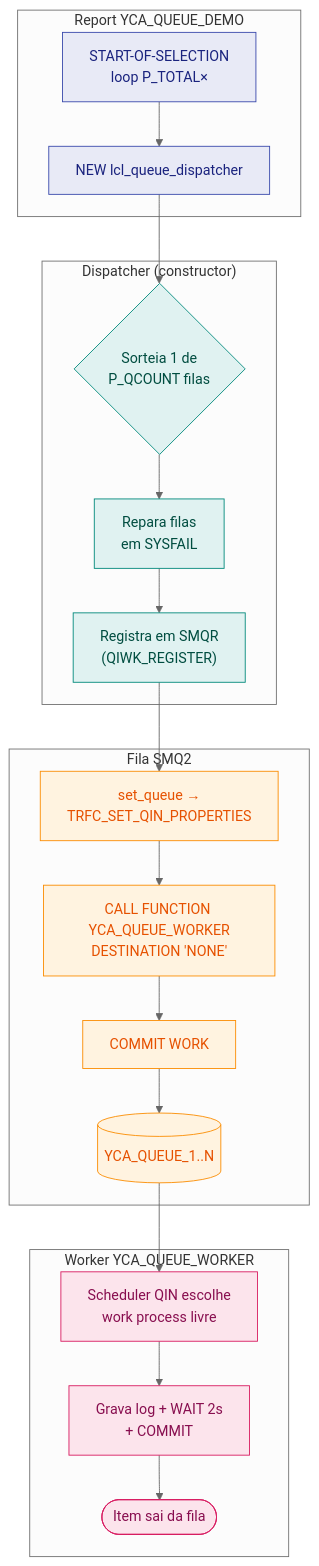
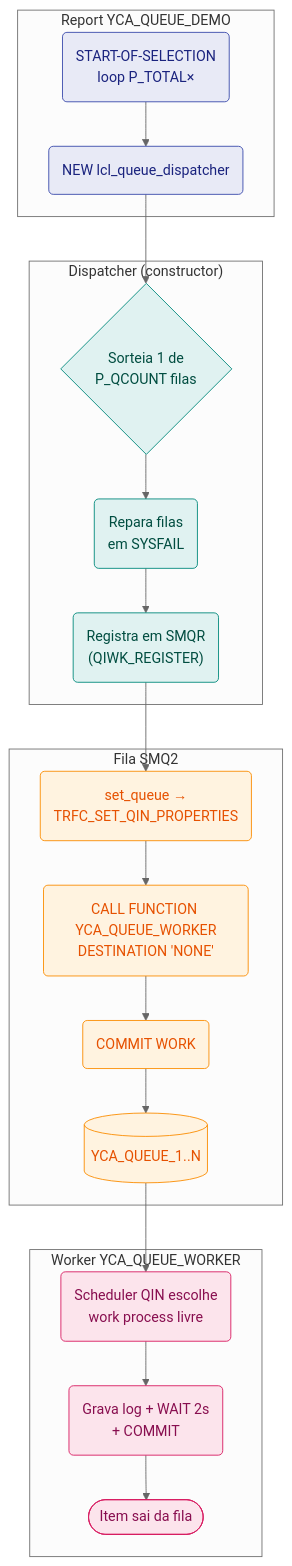
The second of 2 diagrams in README.md (edmilson-nascimento/queue-process), drawn with Mermaid (neutral theme) before and after one commit. The commit also changed other lines of this file, not shown here.

Commit message:
Refactor flowchart syntax in README.md for improved clarity and consistency

````diff
--- a/README.md
+++ b/README.md
@@ -124,35 +124,35 @@
 ```mermaid
 flowchart TD
     subgraph REPORT["Report YCA_QUEUE_DEMO"]
-        A["START-OF-SELECTION<br/>loop P_TOTAL×"] --> B["NEW lcl_queue_dispatcher"]
+        A("START-OF-SELECTION<br/>loop P_TOTAL×") --> B("NEW lcl_queue_dispatcher")
     end
 
     subgraph DISPATCHER["Dispatcher (constructor)"]
         B --> C{"Sorteia 1 de<br/>P_QCOUNT filas"}
-        C --> D["Repara filas<br/>em SYSFAIL"]
-        D --> E["Registra em SMQR<br/>(QIWK_REGISTER)"]
+        C --> D("Repara filas<br/>em SYSFAIL")
+        D --> E("Registra em SMQR<br/>(QIWK_REGISTER)")
     end
 
     subgraph QUEUE["Fila SMQ2"]
-        E --> F["set_queue →<br/>TRFC_SET_QIN_PROPERTIES"]
-        F --> G["CALL FUNCTION YCA_QUEUE_WORKER<br/>DESTINATION 'NONE'"]
-        G --> H["COMMIT WORK"]
+        E --> F("set_queue →<br/>TRFC_SET_QIN_PROPERTIES")
+        F --> G("CALL FUNCTION YCA_QUEUE_WORKER<br/>DESTINATION 'NONE'")
+        G --> H("COMMIT WORK")
         H --> I[("YCA_QUEUE_1..N")]
     end
 
     subgraph WORKER["Worker YCA_QUEUE_WORKER"]
-        I --> J["Scheduler QIN escolhe<br/>work process livre"]
-        J --> K["Grava log + WAIT 2s<br/>+ COMMIT"]
+        I --> J("Scheduler QIN escolhe<br/>work process livre")
+        J --> K("Grava log + WAIT 2s<br/>+ COMMIT")
         K --> L(["Item sai da fila"])
     end
 
     classDef report fill:#e8eaf6,stroke:#3949ab,color:#1a237e
     classDef dispatcher fill:#e0f2f1,stroke:#00897b,color:#004d40
     classDef queue fill:#fff3e0,stroke:#fb8c00,color:#e65100
     classDef worker fill:#fce4ec,stroke:#d81b60,color:#880e4f
 
     class A,B report
     class C,D,E dispatcher
     class F,G,H,I queue
     class J,K,L worker
 ```
````
